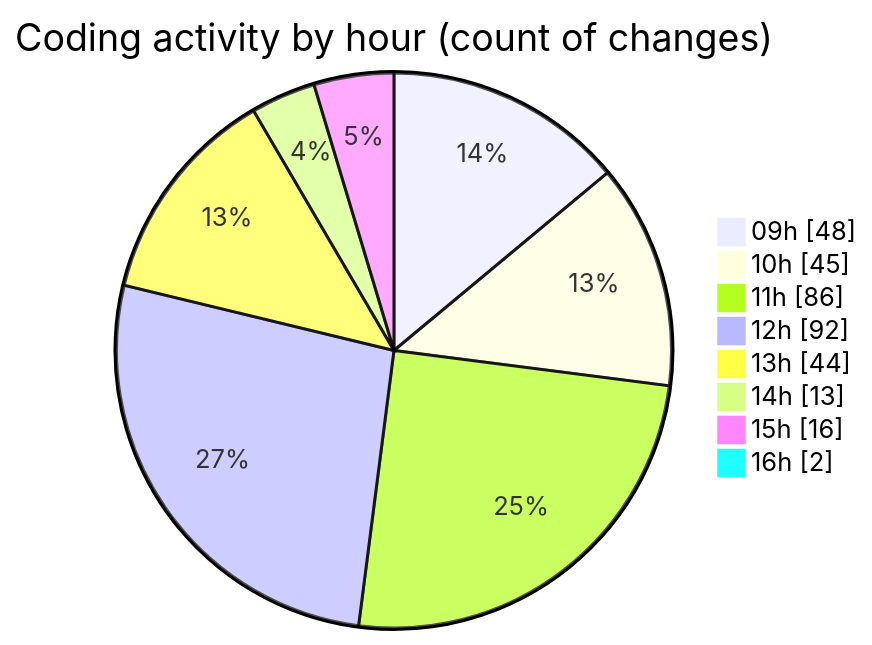
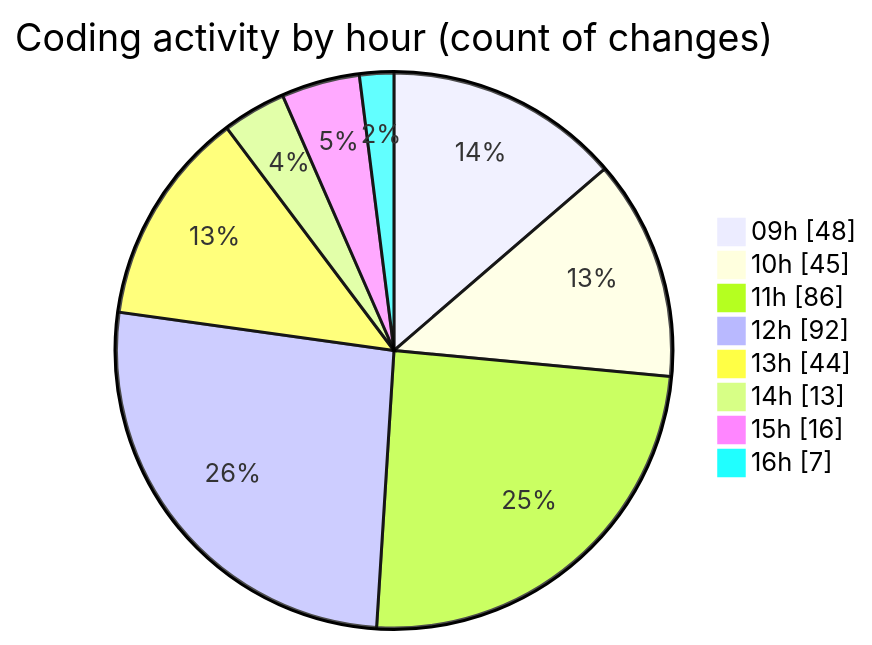
One commit to momahboobian/code-tracking changed the second of 2 diagrams in 2025-03-14/cda/README.md. Above: the diagram before and after it, drawn with Mermaid. The commit also changed other lines of this file and 1 other file, not shown here.

````diff
--- a/2025-03-14/cda/README.md
+++ b/2025-03-14/cda/README.md
@@ -45,12 +45,12 @@
 ```mermaid
 pie showData
 title Coding activity by hour (count of changes)
 "09h" : 48
 "10h" : 45
 "11h" : 86
 "12h" : 92
 "13h" : 44
 "14h" : 13
 "15h" : 16
-"16h" : 2
+"16h" : 7
 ```
````
